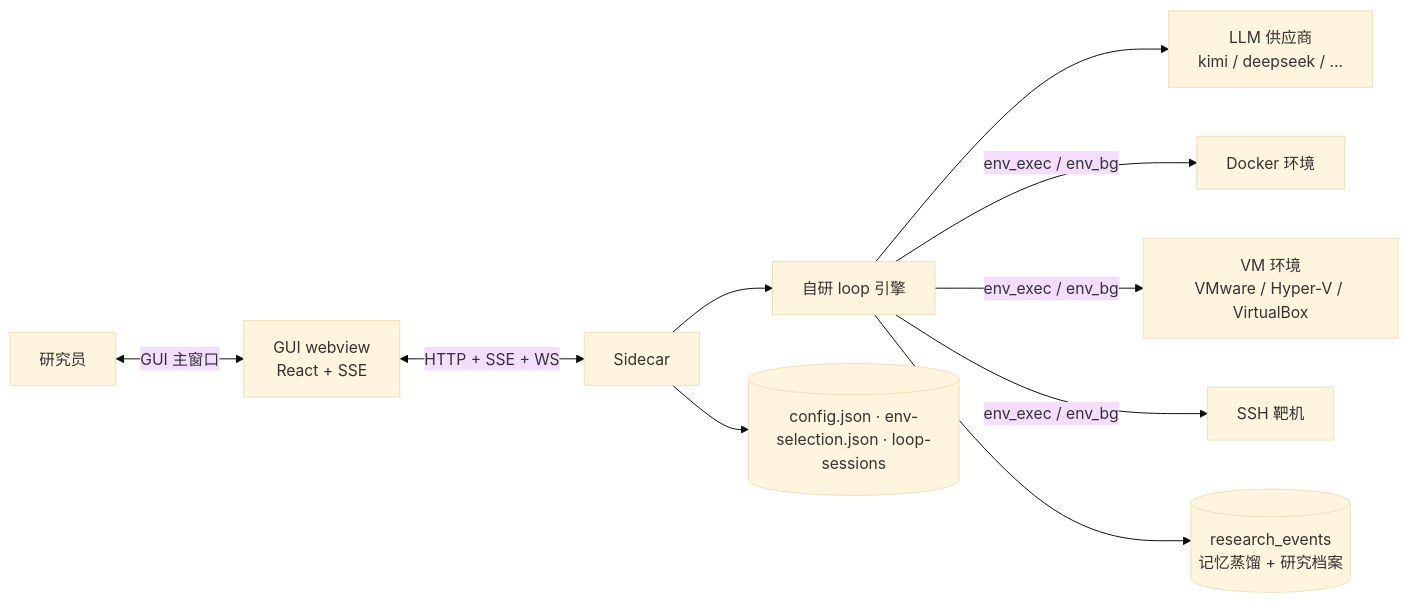
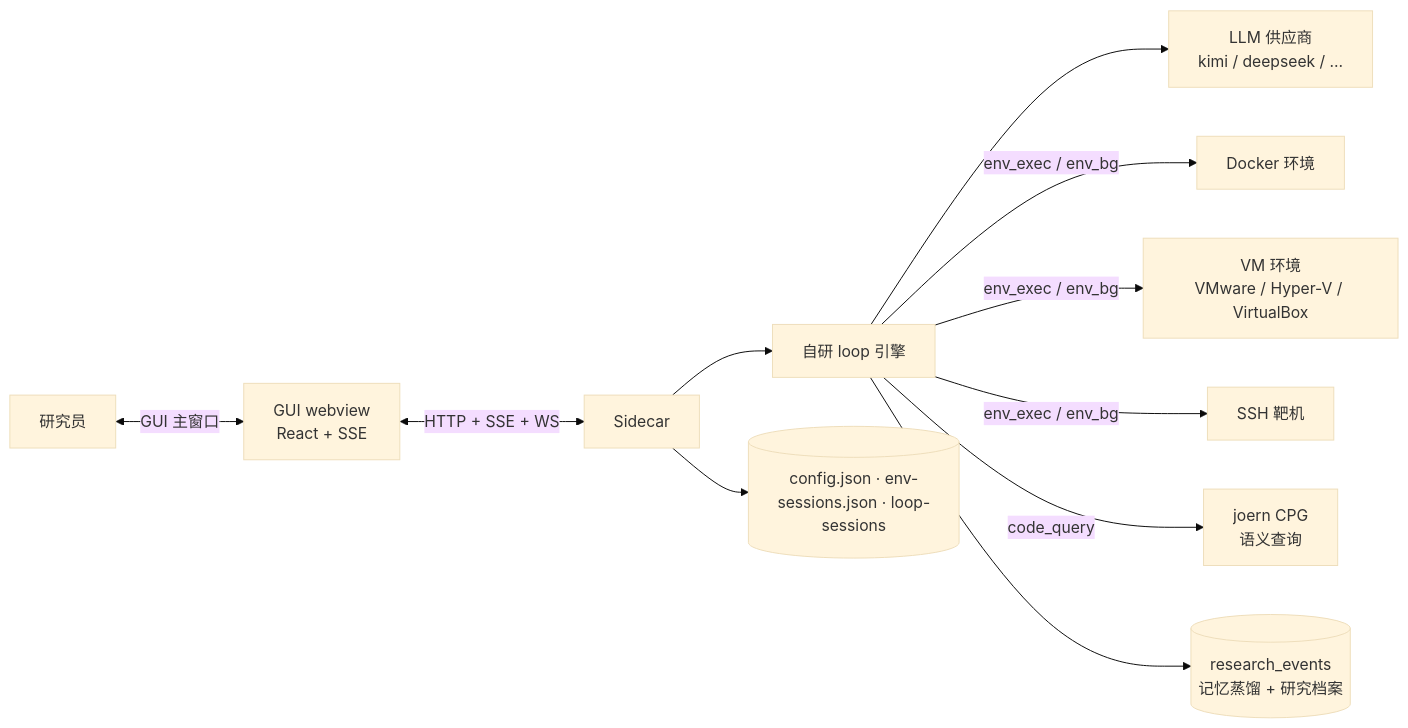
Before and after one commit to LielingAi/ZhiShi: the diagram in README.md, drawn with Mermaid (base theme). The commit also changed other lines of this file and 1 other file, not shown here.

````diff
--- a/README.md
+++ b/README.md
@@ -260,12 +251,13 @@
 ```mermaid
 flowchart LR
     U[研究员] <-->|GUI 主窗口| G[GUI webview<br/>React + SSE]
     G <-->|HTTP + SSE + WS| S[Sidecar]
     S --> L[自研 loop 引擎]
     L --> M[LLM 供应商<br/>kimi / deepseek / …]
     L -->|env_exec / env_bg| E1[Docker 环境]
     L -->|env_exec / env_bg| E2[VM 环境<br/>VMware / Hyper-V / VirtualBox]
     L -->|env_exec / env_bg| E3[SSH 靶机]
+    L -->|code_query| J[joern CPG<br/>语义查询]
     L --> DB[(research_events<br/>记忆蒸馏 + 研究档案)]
-    S --> CFG[(config.json · env-selection.json · loop-sessions)]
+    S --> CFG[(config.json · env-sessions.json · loop-sessions)]
 ```
````
